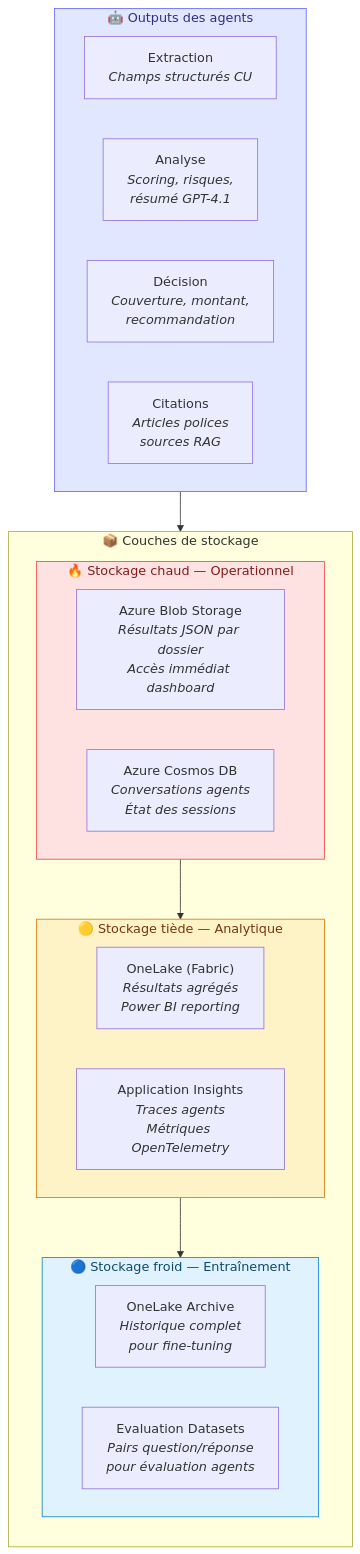
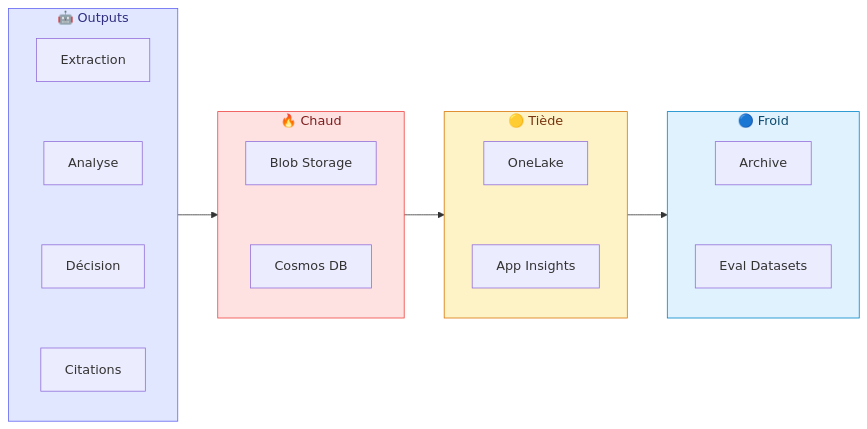
One commit to olivMertens/WorkbenchIQ changed diagram 16 of 20 in docs/ARCHITECTURE-AGENTIC-V2-TARGET.md. Above: the diagram before and after it, drawn with Mermaid. The commit also changed other lines of this file and 6 other files, not shown here.

First line of the commit message:
Architecture docs: hybrid strategy, HITL, FAQ data locality, pipeline detail, PDF generator

````diff
--- a/docs/ARCHITECTURE-AGENTIC-V2-TARGET.md
+++ b/docs/ARCHITECTURE-AGENTIC-V2-TARGET.md
@@ -705,38 +747,20 @@
 ```mermaid
-graph TB
-    subgraph AGENTS_OUT["🤖 Outputs des agents"]
-        direction LR
-        EX["Extraction<br/><i>Champs structurés CU</i>"]
-        AN["Analyse<br/><i>Scoring, risques,<br/>résumé GPT-4.1</i>"]
-        DE["Décision<br/><i>Couverture, montant,<br/>recommandation</i>"]
-        CI_OUT["Citations<br/><i>Articles polices<br/>sources RAG</i>"]
+graph LR
+    subgraph AGENTS_OUT["🤖 Outputs"]
+        EX["Extraction"] ~~~ AN["Analyse"] ~~~ DE["Décision"] ~~~ CI_OUT["Citations"]
     end
-
-    subgraph STORAGE_LAYERS["📦 Couches de stockage"]
-        direction TB
-
-        subgraph HOT["🔥 Stockage chaud — Operationnel"]
-            BLOB_HOT["Azure Blob Storage<br/><i>Résultats JSON par dossier<br/>Accès immédiat dashboard</i>"]
-            COSMOS["Azure Cosmos DB<br/><i>Conversations agents<br/>État des sessions</i>"]
-        end
-
-        subgraph WARM["🟡 Stockage tiède — Analytique"]
-            ONELAKE_W["OneLake (Fabric)<br/><i>Résultats agrégés<br/>Power BI reporting</i>"]
-            APPINS["Application Insights<br/><i>Traces agents<br/>Métriques OpenTelemetry</i>"]
-        end
-
-        subgraph COLD["🔵 Stockage froid — Entraînement"]
-            ONELAKE_C["OneLake Archive<br/><i>Historique complet<br/>pour fine-tuning</i>"]
-            EVAL["Evaluation Datasets<br/><i>Pairs question/réponse<br/>pour évaluation agents</i>"]
-        end
+    subgraph HOT["🔥 Chaud"]
+        BLOB_HOT["Blob Storage"] ~~~ COSMOS["Cosmos DB"]
     end
-
-    AGENTS_OUT --> HOT
-    HOT --> WARM
-    WARM --> COLD
-
+    subgraph WARM["🟡 Tiède"]
+        ONELAKE_W["OneLake"] ~~~ APPINS["App Insights"]
+    end
+    subgraph COLD["🔵 Froid"]
+        ONELAKE_C["Archive"] ~~~ EVAL["Eval Datasets"]
+    end
+    AGENTS_OUT --> HOT --> WARM --> COLD
     style AGENTS_OUT fill:#e0e7ff,stroke:#6366f1,color:#312e81
     style HOT fill:#fee2e2,stroke:#ef4444,color:#7f1d1d
     style WARM fill:#fef3c7,stroke:#d97706,color:#78350f
     style COLD fill:#e0f2fe,stroke:#0284c7,color:#0c4a6e
 ```
````
